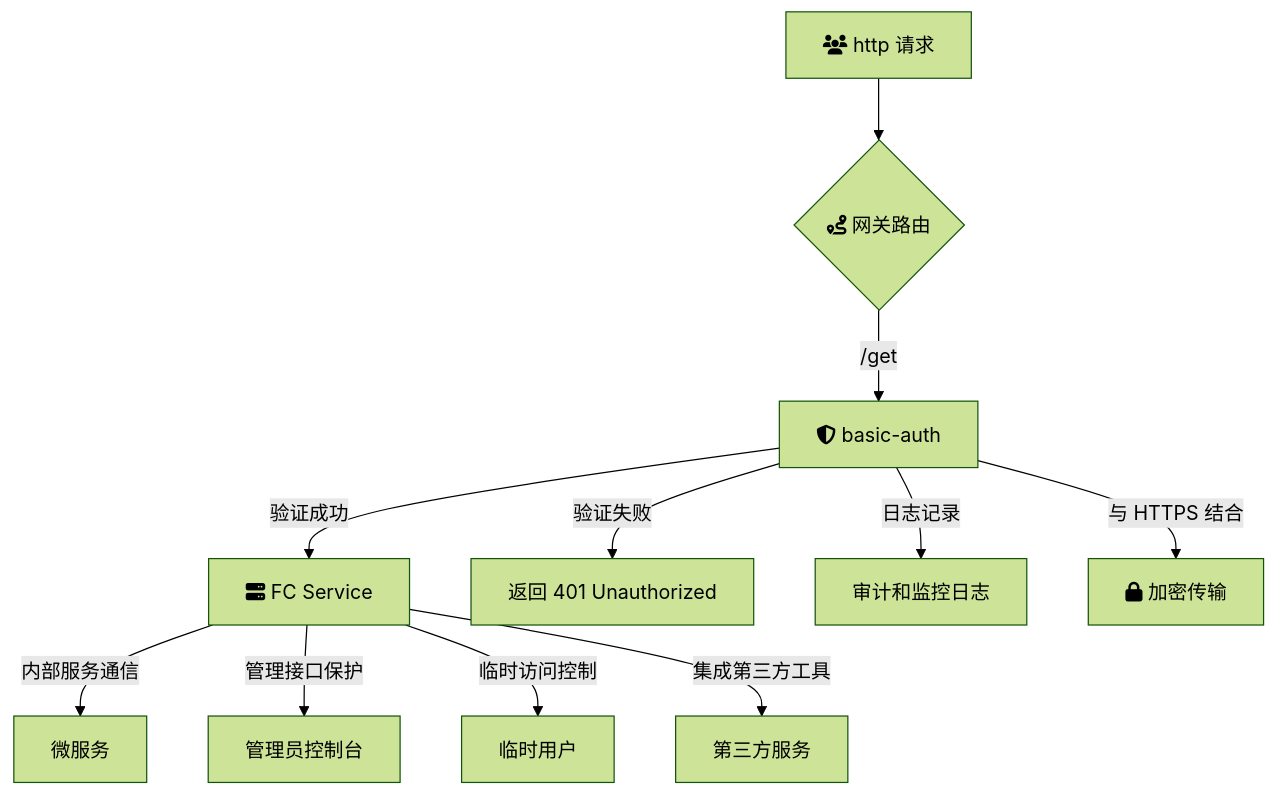
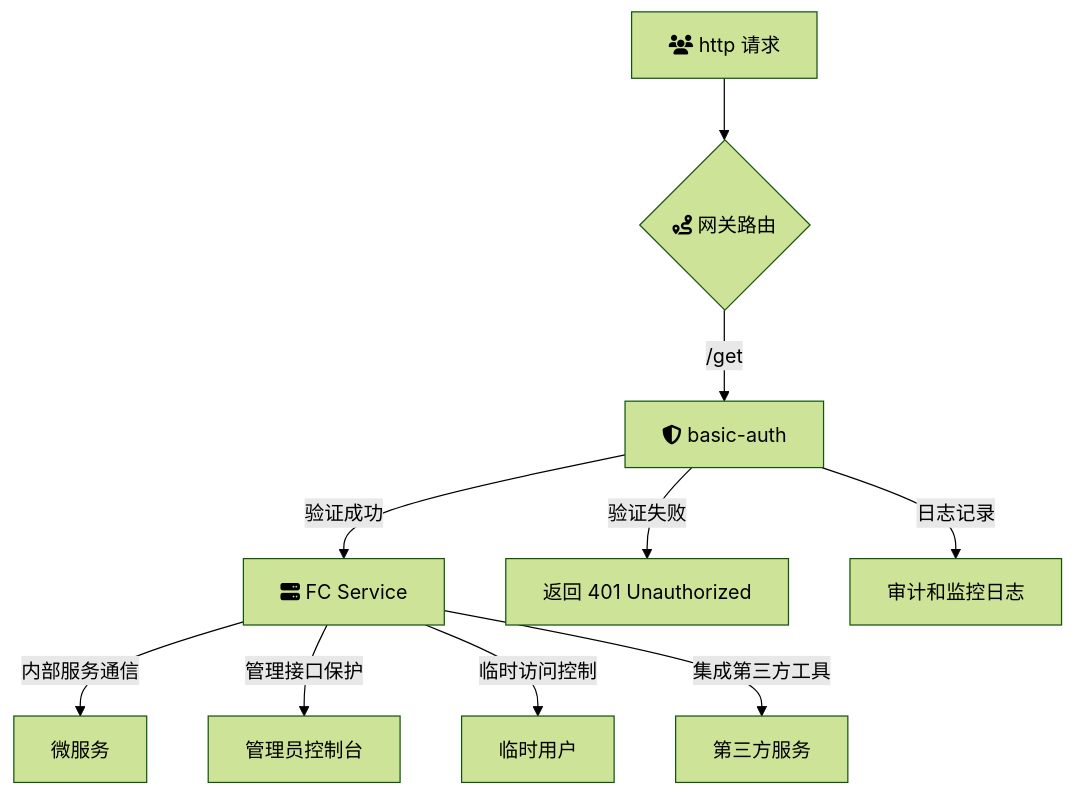
The diagram in basic-auth-plugin/README.md (msa-group/start-apig), drawn with Mermaid (forest theme) before and after one commit. The commit also changed 1 other file, not shown here.

Commit message:
feat: 🎸 remove usenless code

````diff
--- a/basic-auth-plugin/README.md
+++ b/basic-auth-plugin/README.md
@@ -31,13 +31,12 @@
 ```mermaid
 flowchart TB
 A[fa:fa-users http 请求] --> B{fa:fa-route 网关路由}
 	B -->|/get| P1[fa:fa-shield-alt basic-auth]
 	P1 -->|验证成功| Backend[fa:fa-server FC Service]
 	P1 -->|验证失败| E[返回 401 Unauthorized]
 	P1 -->|日志记录| L[审计和监控日志]
-	P1 -->|与 HTTPS 结合| S[fa:fa-lock 加密传输]
 	Backend -->|内部服务通信| M[微服务]
 	Backend -->|管理接口保护| C[管理员控制台]
 	Backend -->|临时访问控制| T[临时用户]
 	Backend -->|集成第三方工具| D[第三方服务]
 ```
````
